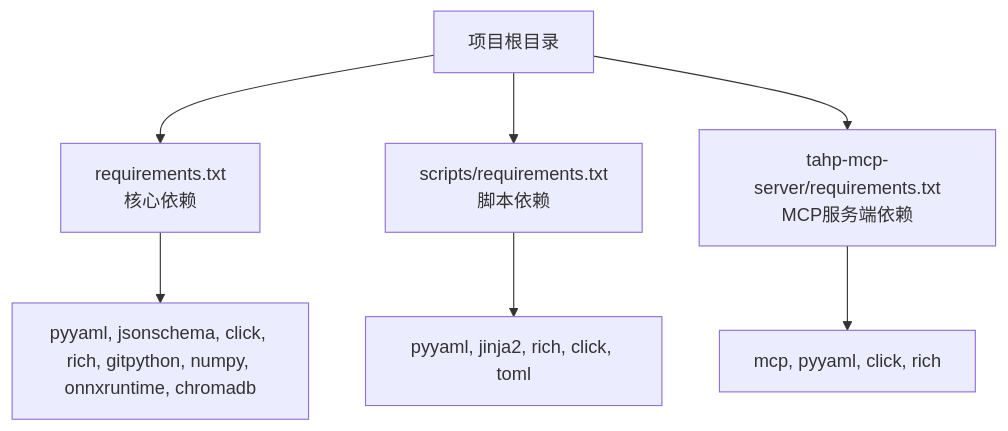
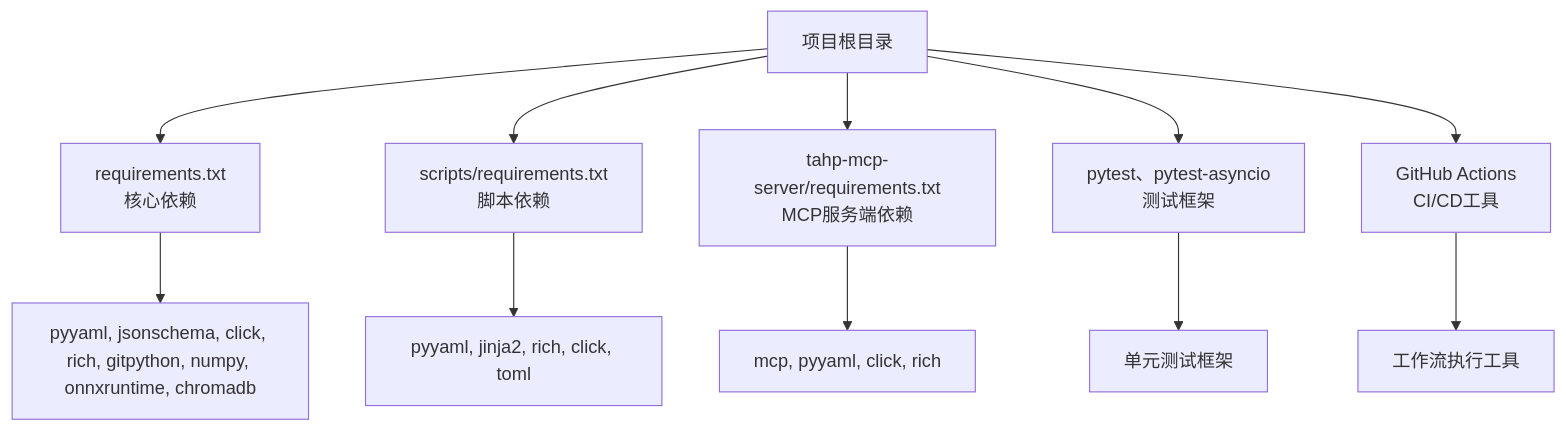
Before and after one commit to afcartevil/automated-test-script: diagram 12 of 12 in .qoder/repowiki/zh/content/开发者指南.md, drawn with Mermaid. The commit also changed other lines of this file and 12 other files, not shown here.

````diff
--- a/.qoder/repowiki/zh/content/开发者指南.md
+++ b/.qoder/repowiki/zh/content/开发者指南.md
@@ -287,9 +448,13 @@
 ```mermaid
 graph TB
 Root["项目根目录"] --> PyReq["requirements.txt<br/>核心依赖"]
 Root --> ScriptsReq["scripts/requirements.txt<br/>脚本依赖"]
 Root --> MCP["tahp-mcp-server/requirements.txt<br/>MCP服务端依赖"]
+Root --> TestDep["pytest、pytest-asyncio<br/>测试框架"]
+Root --> CIActions["GitHub Actions<br/>CI/CD工具"]
 PyReq --> Core["pyyaml, jsonschema, click, rich, gitpython, numpy, onnxruntime, chromadb"]
 ScriptsReq --> ScriptCore["pyyaml, jinja2, rich, click, toml"]
 MCP --> MCPDep["mcp, pyyaml, click, rich"]
+TestDep --> TestFramework["单元测试框架"]
+CIActions --> WorkflowTools["工作流执行工具"]
 ```
````
